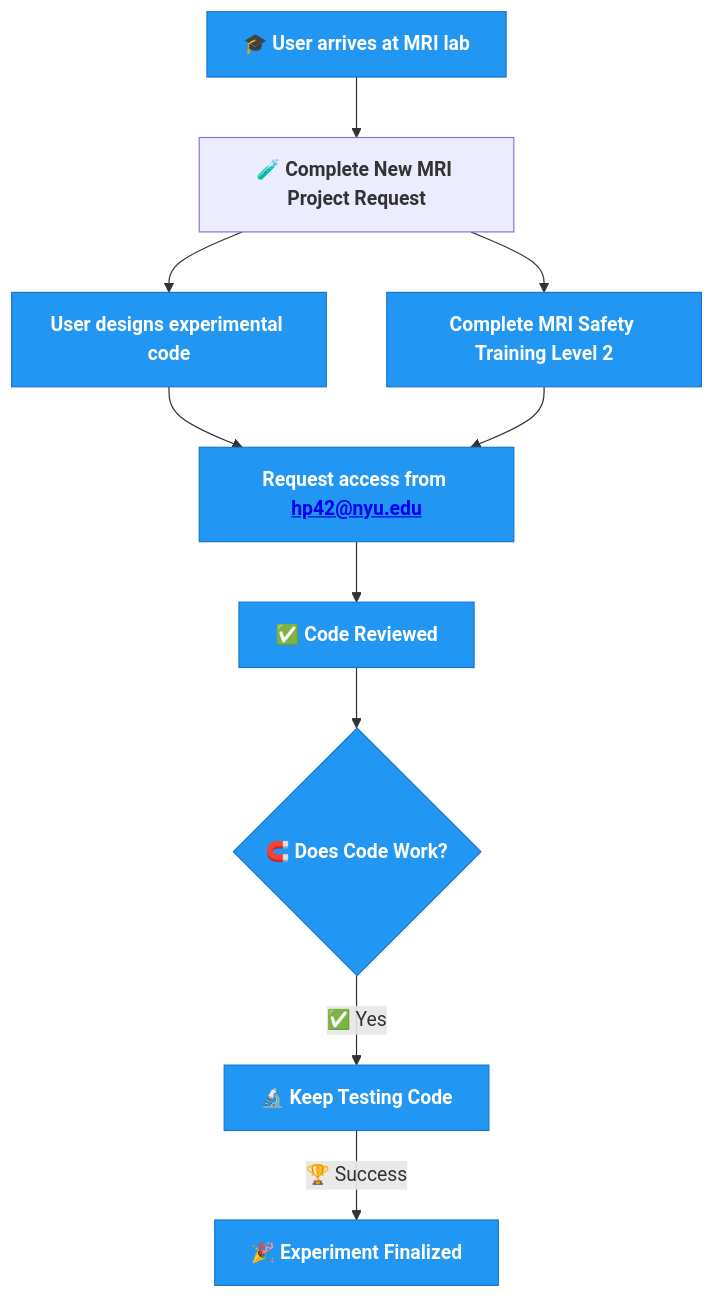
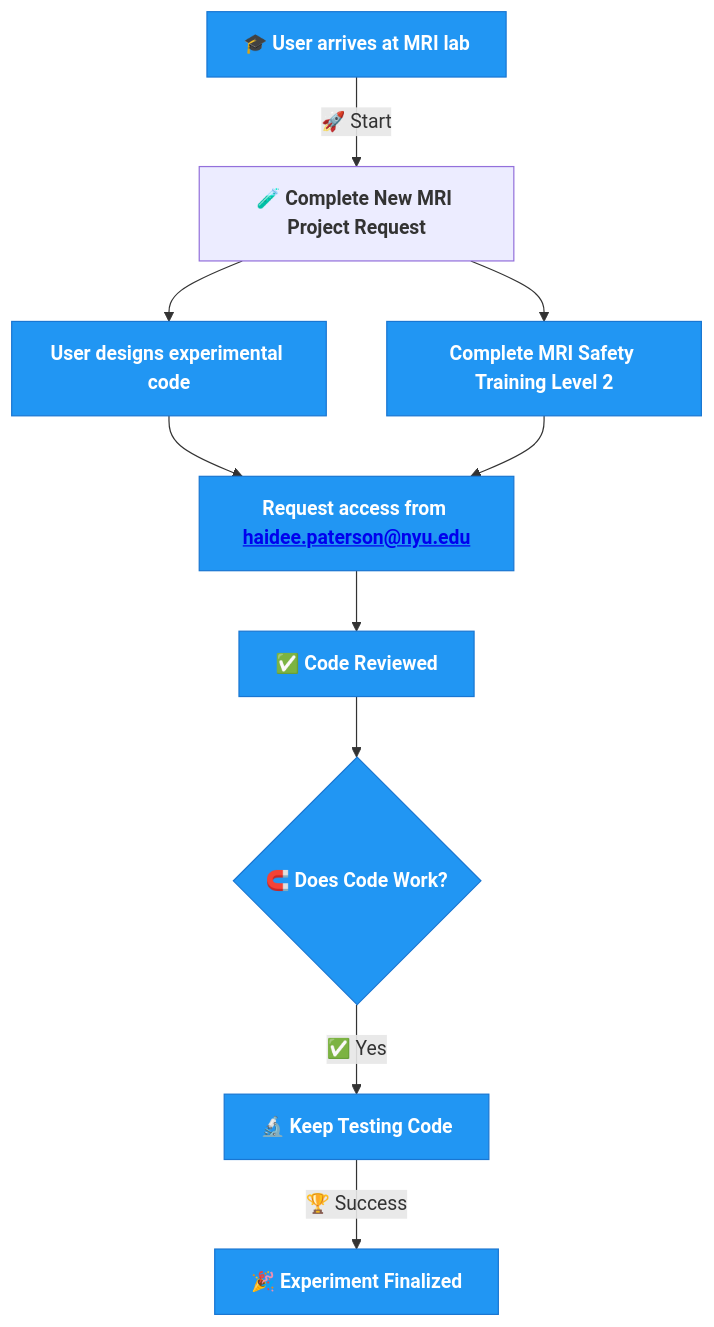
Before and after one commit to BioMedicalImaging-Core-NYUAD/brainimaging-lab-documentation: the diagram in docs/source/1-lab_overview/3-process_diagram.rst, drawn with Mermaid.

Commit message:
added link

```diff
--- a/docs/source/1-lab_overview/3-process_diagram.rst
+++ b/docs/source/1-lab_overview/3-process_diagram.rst
@@ -5,25 +5,25 @@
 .. mermaid::
 
   graph TD;
-    A[🎓 <b>User arrives at MRI lab</b>] --> B[🧪 <b>Complete New MRI Project Request</b>];
+    A[🎓 <b>User arrives at MRI lab</b>] -->|🚀 Start| B[🧪 <b>Complete New MRI Project Request</b>];
     B --> C[<b>User designs experimental code</b>];
     B --> D[<b>Complete MRI Safety Training Level 2</b>];
-    C --> E[<b>Request access from <a href="mailto:haidee.paterson@nyu.edu" style="color:#E0F7FA;">hp42@nyu.edu</a></b>];
+    C --> E[<b>Request access from <a href="mailto:haidee.paterson@nyu.edu">haidee.paterson@nyu.edu</a></b>];
     D --> E;
     E --> F[✅ <b>Code Reviewed</b>];
     F --> G{🧲️ <b>Does Code Work?</b>};
     G --✅ Yes --> H[🔬 <b>Keep Testing Code</b>];
     H -->|🏆 Success| I[🎉 <b>Experiment Finalized</b>];
 
     %% Clickable Nodes
     click B "https://drive.google.com/file/d/10Py1KSAsktpCjU6c3lLuWLqVL2a5ofee/view?usp=drive_link"
     click D "https://app.imagingu.com/courses/personnel-group-ii-yearly"
     click E "mailto:haidee.paterson@nyu.edu" "Email haidee.paterson@nyu.edu"
 
     %% Style Definitions
     classDef success fill:#4CAF50,stroke:#2E7D32,color:#fff;
     classDef decision fill:#FFEB3B,stroke:#FBC02D,color:#000;
     classDef process fill:#2196F3,stroke:#1976D2,color:#fff;
     classDef warning fill:#FF5722,stroke:#E64A19,color:#fff;
 
     class A,C,D,E,F,G,H,I process;
```
